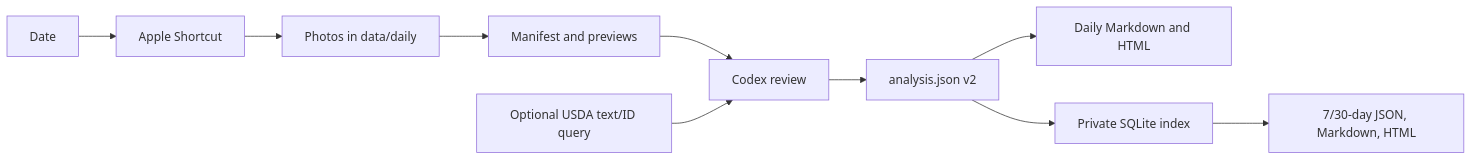
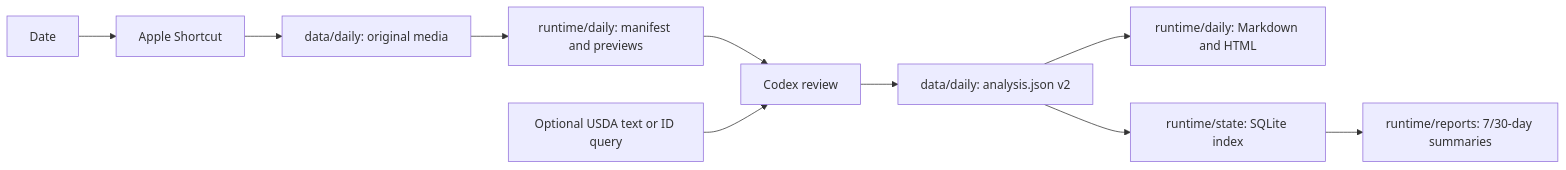
One commit to imathwy/health changed the diagram in docs/architecture.md. Above: the diagram before and after it, drawn with Mermaid. The commit also changed other lines of this file and 16 other files, not shown here.

````diff
--- a/docs/architecture.md
+++ b/docs/architecture.md
@@ -10,12 +22,12 @@
 ```mermaid
 flowchart LR
     A[Date] --> B[Apple Shortcut]
-    B --> C[Photos in data/daily]
-    C --> D[Manifest and previews]
+    B --> C[data/daily: original media]
+    C --> D[runtime/daily: manifest and previews]
     D --> E[Codex review]
-    U[Optional USDA text/ID query] --> E
-    E --> F[analysis.json v2]
-    F --> G[Daily Markdown and HTML]
-    F --> H[Private SQLite index]
-    H --> I[7/30-day JSON, Markdown, HTML]
+    U[Optional USDA text or ID query] --> E
+    E --> F[data/daily: analysis.json v2]
+    F --> G[runtime/daily: Markdown and HTML]
+    F --> H[runtime/state: SQLite index]
+    H --> I[runtime/reports: 7/30-day summaries]
 ```
````
